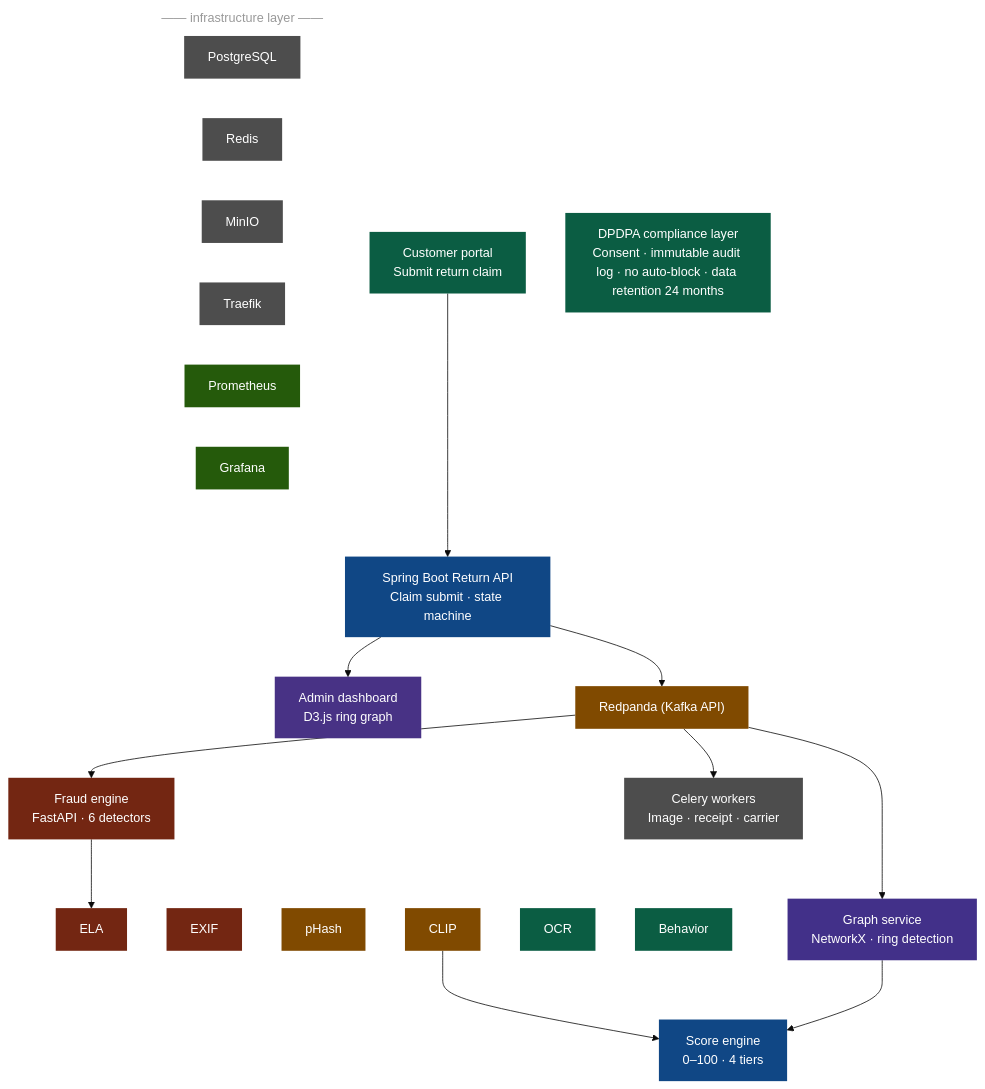
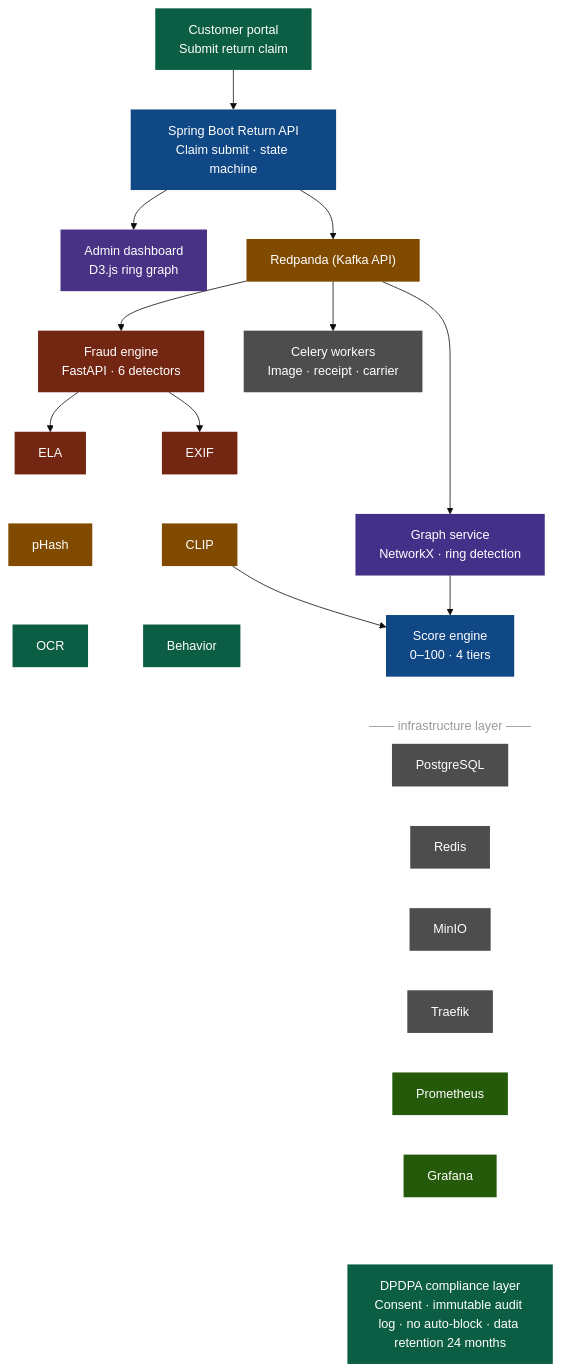
Before and after one commit to Gurumurthys1/hackhustle: the diagram in README.md, drawn with Mermaid (base theme).

Commit message:
style: align mermaid diagram to match exact presentation layout

````diff
--- a/README.md
+++ b/README.md
@@ -13,52 +13,56 @@
 ```mermaid
 graph TD
     classDef portal fill:#0B5D43,stroke:none,color:white
     classDef spring fill:#104785,stroke:none,color:white
     classDef admin fill:#483285,stroke:none,color:white
     classDef kafka fill:#804A00,stroke:none,color:white
     classDef fraud fill:#732612,stroke:none,color:white
     classDef graphSvc fill:#423089,stroke:none,color:white
     classDef celery fill:#4D4D4D,stroke:none,color:white
     classDef dpdpa fill:#0B5D43,stroke:none,color:white
     classDef detector fill:#732612,stroke:none,color:white
     classDef detector2 fill:#804A00,stroke:none,color:white
     classDef detector3 fill:#0B5D43,stroke:none,color:white
     classDef infra fill:#4D4D4D,stroke:none,color:white
     classDef prom fill:#255A0B,stroke:none,color:white
 
     CP["Customer portal<br/>Submit return claim"]:::portal --> SBOOT["Spring Boot Return API<br/>Claim submit · state machine"]:::spring
     SBOOT --> AD["Admin dashboard<br/>D3.js ring graph"]:::admin
     
     SBOOT --> KAFKA["Redpanda (Kafka API)"]:::kafka
     
     KAFKA --> FE["Fraud engine<br/>FastAPI · 6 detectors"]:::fraud
     KAFKA --> GS["Graph service<br/>NetworkX · ring detection"]:::graphSvc
     KAFKA --> CW["Celery workers<br/>Image · receipt · carrier"]:::celery
     
-    subgraph Detectors [ ]
-        style Detectors fill:transparent,stroke:none
-        D_ELA["ELA"]:::detector
-        D_EXIF["EXIF"]:::detector
-        D_PHASH["pHash"]:::detector2
-        D_CLIP["CLIP"]:::detector2
-        D_OCR["OCR"]:::detector3
-        D_BEH["Behavior"]:::detector3
-    end
+    %% Aligning the 6 detectors below the Fraud Engine
+    FE --> D_ELA["ELA"]:::detector
+    FE --> D_EXIF["EXIF"]:::detector
     
-    FE --> D_ELA
+    D_ELA ~~~ D_PHASH["pHash"]:::detector2
+    D_EXIF ~~~ D_CLIP["CLIP"]:::detector2
+    
+    D_PHASH ~~~ D_OCR["OCR"]:::detector3
+    D_CLIP ~~~ D_BEH["Behavior"]:::detector3
     
     D_CLIP --> SE["Score engine<br/>0–100 · 4 tiers"]:::spring
     GS --> SE
     
     subgraph Infra [—— infrastructure layer ——]
         style Infra fill:transparent,stroke:none,color:#999
+        direction LR
         PG["PostgreSQL"]:::infra
         REDIS["Redis"]:::infra
         MINIO["MinIO"]:::infra
         TRAEFIK["Traefik"]:::infra
         PROM["Prometheus"]:::prom
         GRAF["Grafana"]:::prom
     end
     
+    %% Force vertical alignment
+    SE ~~~ Infra
+    
     DPDPA["DPDPA compliance layer<br/>Consent · immutable audit log · no auto-block · data retention 24 months"]:::dpdpa
+    
+    Infra ~~~ DPDPA
 ```
````
